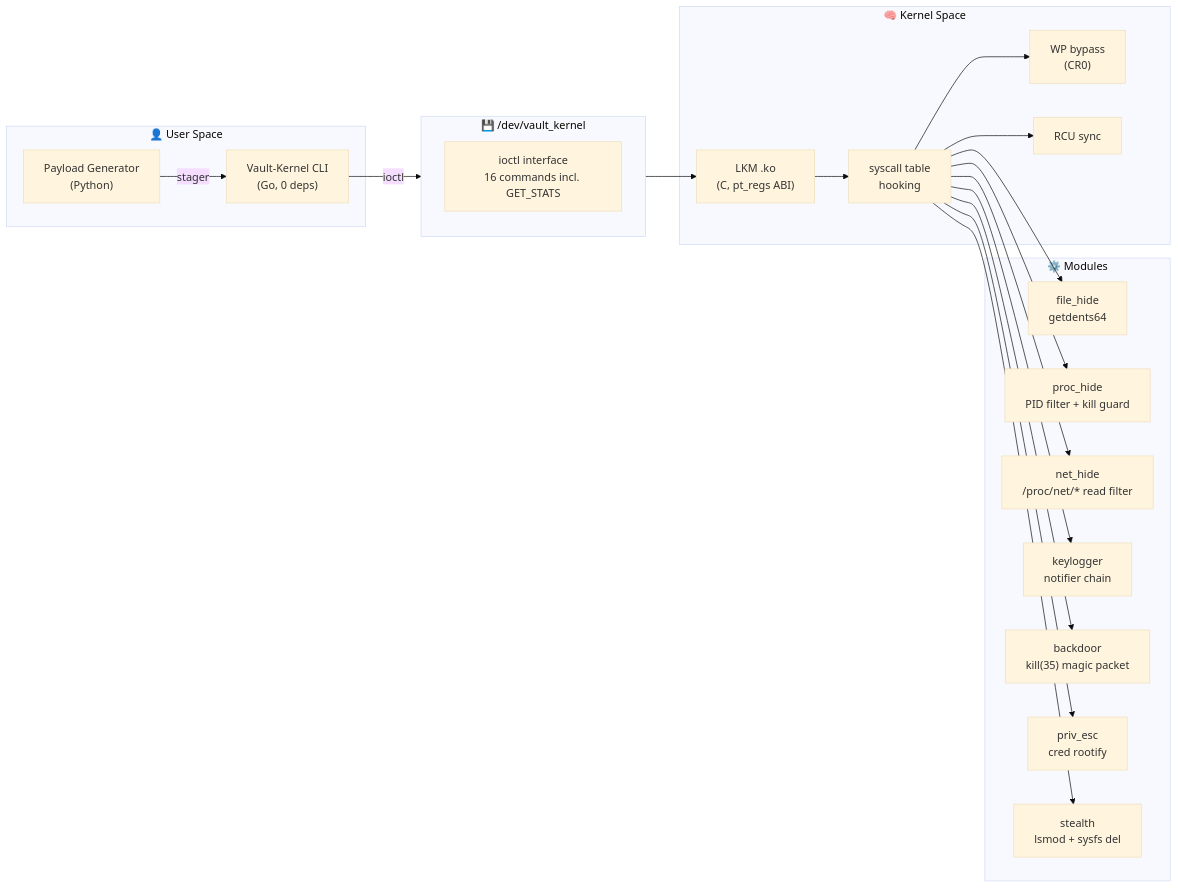
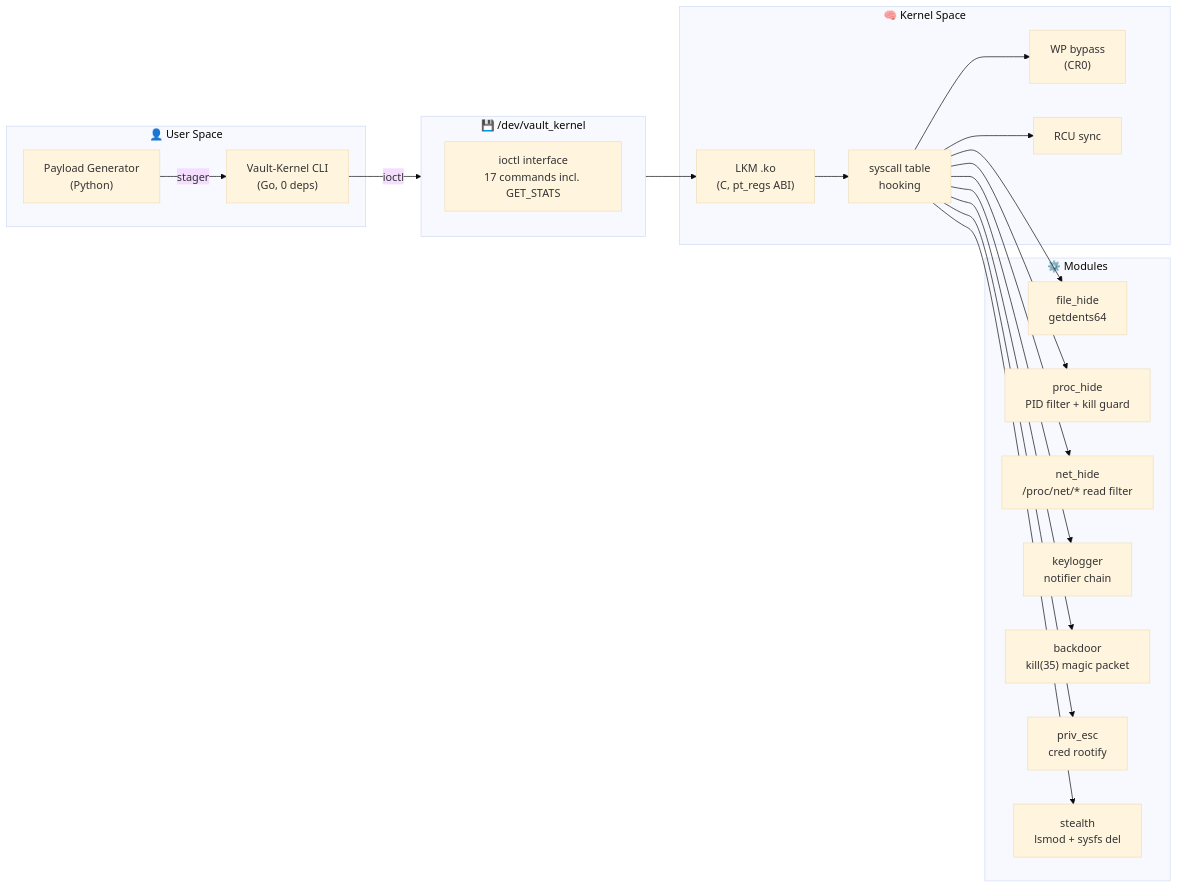
The diagram in README.md (Ruby570bocadito/Vault-Kernel), drawn with Mermaid (base theme) before and after one commit. The commit also changed other lines of this file and 13 other files, not shown here.

````diff
--- a/README.md
+++ b/README.md
@@ -32,41 +32,41 @@
 ```mermaid
 flowchart LR
     subgraph User["👤 User Space"]
         CLI["Vault-Kernel CLI<br/>(Go, 0 deps)"]
         Payload["Payload Generator<br/>(Python)"]
     end
 
     subgraph Kernel["🧠 Kernel Space"]
         LKM["LKM .ko<br/>(C, pt_regs ABI)"]
         SCT["syscall table<br/>hooking"]
         WP["WP bypass<br/>(CR0)"]
         RCU["RCU sync"]
     end
 
     subgraph Ops["⚙️ Modules"]
         FH["file_hide<br/>getdents64"]
         PH["proc_hide<br/>PID filter + kill guard"]
         NH["net_hide<br/>/proc/net/* read filter"]
         KL["keylogger<br/>notifier chain"]
         BS["backdoor<br/>kill(35) magic packet"]
         PE["priv_esc<br/>cred rootify"]
         SH["stealth<br/>lsmod + sysfs del"]
     end
 
     subgraph Device["💾 /dev/vault_kernel"]
-        IOC["ioctl interface<br/>16 commands incl. GET_STATS"]
+        IOC["ioctl interface<br/>17 commands incl. GET_STATS"]
     end
 
     CLI -->|ioctl| Device
     Payload -->|stager| CLI
     Device --> LKM
     LKM --> SCT --> WP
     SCT --> RCU
     SCT --> FH
     SCT --> PH
     SCT --> NH
     SCT --> KL
     SCT --> BS
     SCT --> PE
     SCT --> SH
 ```
````
